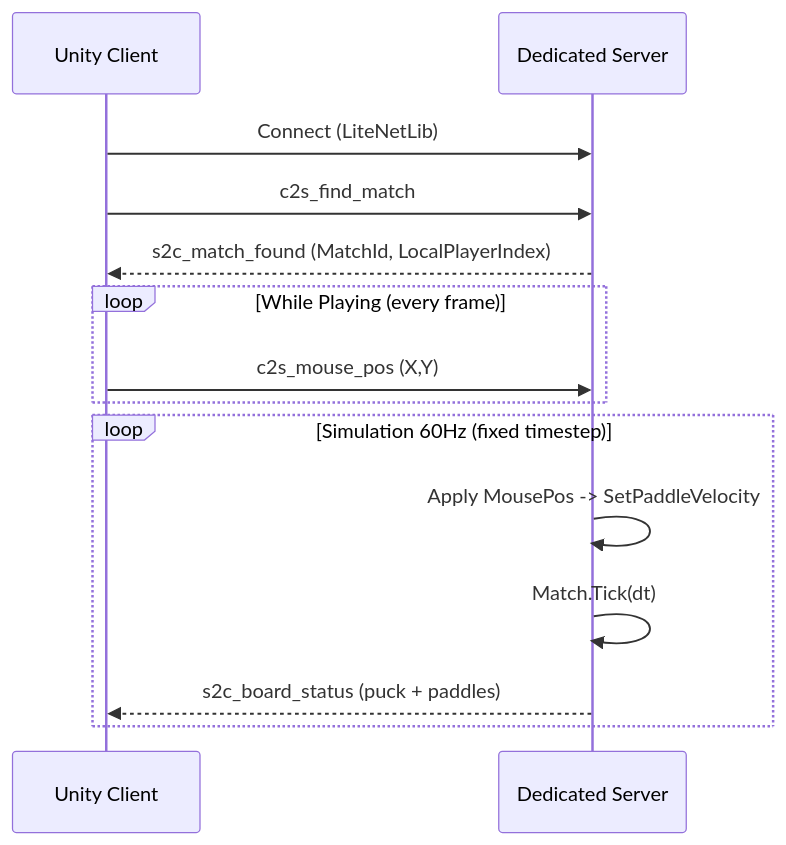
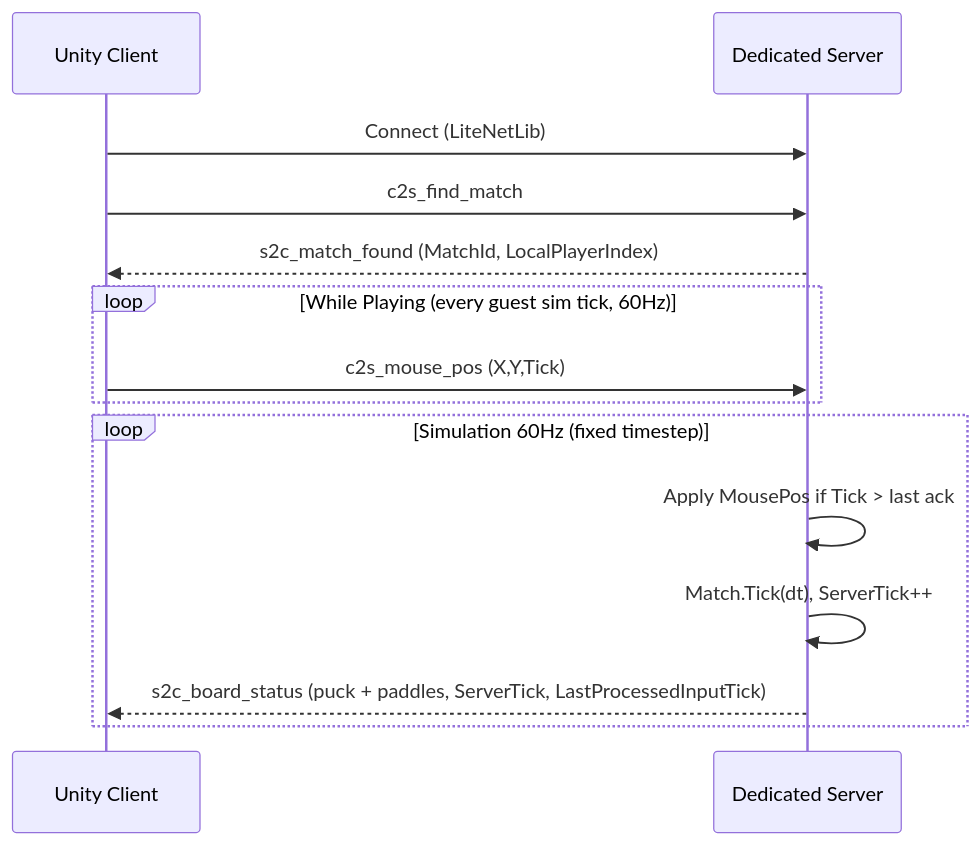
The diagram in Server Sln/Shared/Scripts/Doc/MATCH_SYNC_ARCHITECTURE.md (MH2603/Air-Hockey-Online), drawn with Mermaid before and after one commit. The commit also changed other lines of this file and 79 other files, not shown here.

Commit message:
update client prediction: use tick-key compare instead of lerp-pos

````diff
--- a/Server Sln/Shared/Scripts/Doc/MATCH_SYNC_ARCHITECTURE.md
+++ b/Server Sln/Shared/Scripts/Doc/MATCH_SYNC_ARCHITECTURE.md
@@ -62,19 +65,19 @@
 ```mermaid
 sequenceDiagram
     participant C as Unity Client
     participant S as Dedicated Server
 
     C->>S: Connect (LiteNetLib)
     C->>S: c2s_find_match
     S-->>C: s2c_match_found (MatchId, LocalPlayerIndex)
 
-    loop While Playing (every frame)
-        C->>S: c2s_mouse_pos (X,Y)
+    loop While Playing (every guest sim tick, 60Hz)
+        C->>S: c2s_mouse_pos (X,Y,Tick)
     end
 
     loop Simulation 60Hz (fixed timestep)
-        S->>S: Apply MousePos -> SetPaddleVelocity
-        S->>S: Match.Tick(dt)
-        S-->>C: s2c_board_status (puck + paddles)
+        S->>S: Apply MousePos if Tick > last ack
+        S->>S: Match.Tick(dt), ServerTick++
+        S-->>C: s2c_board_status (puck + paddles, ServerTick, LastProcessedInputTick)
     end
 ```
````
